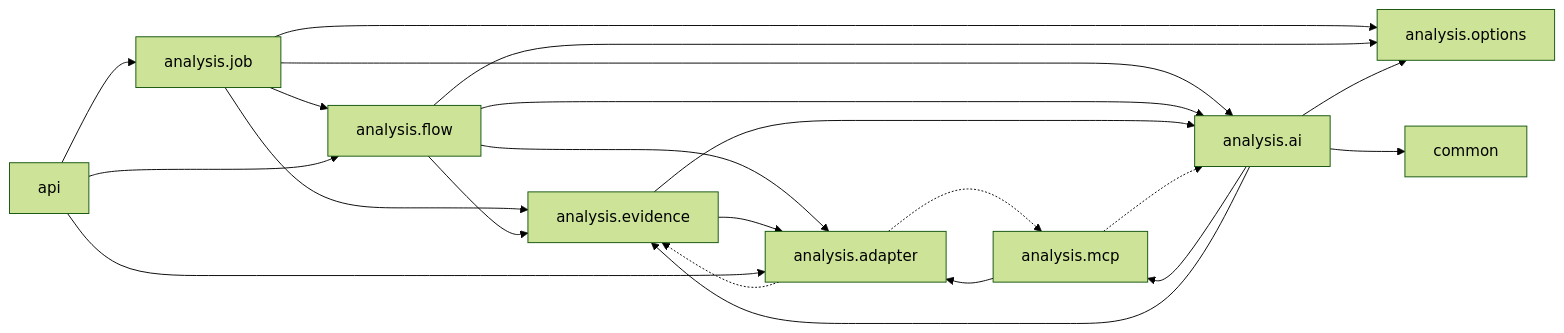
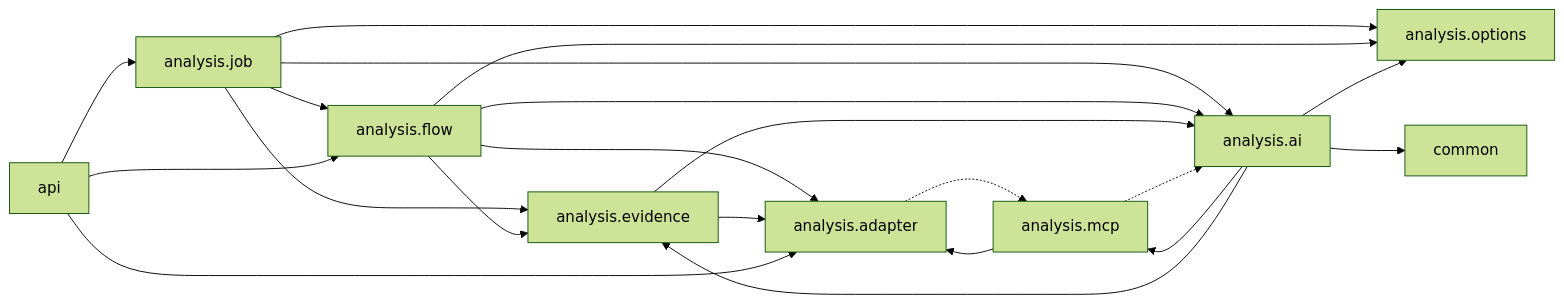
The second of 2 diagrams in docs/architecture/05-package-dependencies.md (herald-assistant/incident-tracker), drawn with Mermaid (forest theme) before and after one commit. The commit also changed other lines of this file and 4 other files, not shown here.

Commit message:
Decouple Dynatrace adapter from evidence

````diff
--- a/docs/architecture/05-package-dependencies.md
+++ b/docs/architecture/05-package-dependencies.md
@@ -125,30 +125,29 @@
 ```mermaid
 flowchart LR
     JOB["analysis.job"] --> FLOW["analysis.flow"]
     JOB --> AI["analysis.ai"]
     JOB --> EVIDENCE["analysis.evidence"]
     JOB --> OPTIONS["analysis.options"]
 
     FLOW --> EVIDENCE
     FLOW --> AI
     FLOW --> OPTIONS
     FLOW --> ADAPTER["analysis.adapter"]
 
     EVIDENCE --> ADAPTER
     EVIDENCE --> AI
 
     AI --> MCP["analysis.mcp"]
     AI --> EVIDENCE
     AI --> OPTIONS
     AI --> COMMON["common"]
 
     MCP --> ADAPTER
     MCP -.-> AI
 
     ADAPTER -.-> MCP
-    ADAPTER -.-> EVIDENCE
 
     API["api"] --> ADAPTER
     API --> FLOW
     API --> JOB
 ```
````
